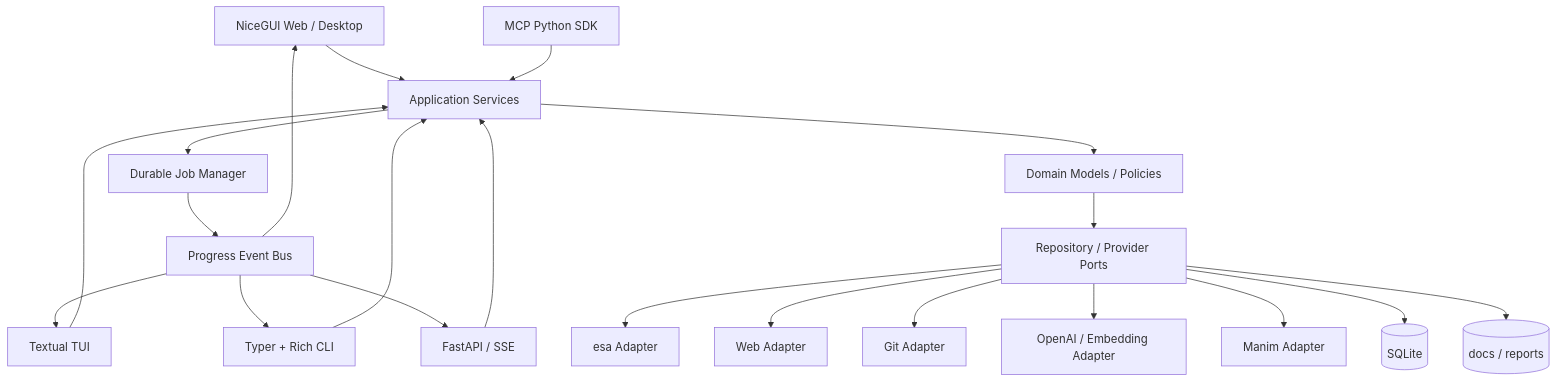
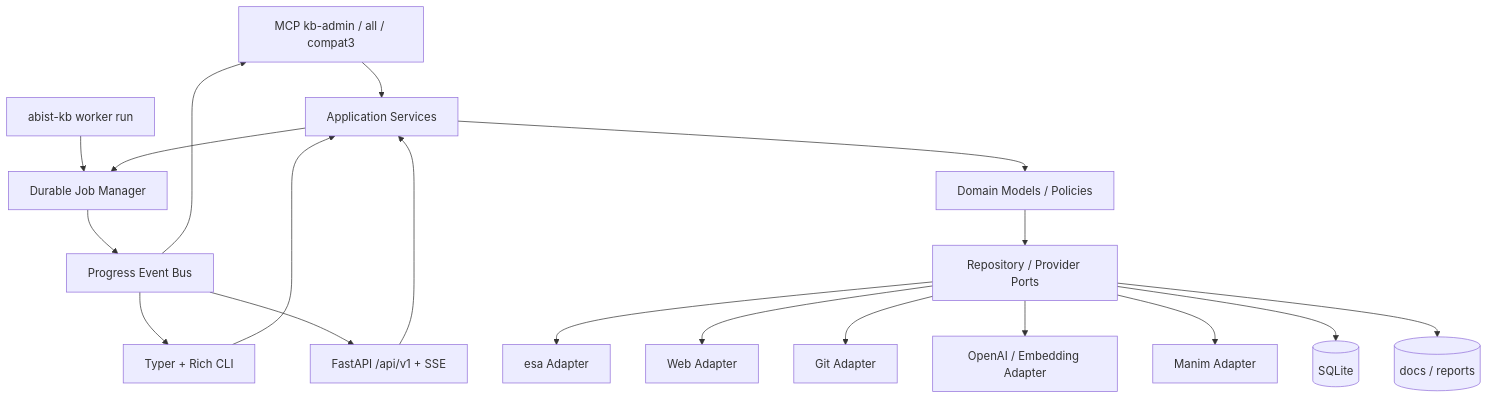
The diagram in design/system-design.md (akihiro-ishizuka/abist-knowledge-base), drawn with Mermaid before and after one commit. The commit also changed other lines of this file and 23 other files, not shown here.

````diff
--- a/design/system-design.md
+++ b/design/system-design.md
@@ -93,33 +93,30 @@
 ```mermaid
 flowchart TB
-  Web[NiceGUI Web / Desktop]
-  TUI[Textual TUI]
+  MCP[MCP kb-admin / all / compat3]
   CLI[Typer + Rich CLI]
-  MCP[MCP Python SDK]
-  API[FastAPI / SSE]
+  API[FastAPI /api/v1 + SSE]
+  Worker[abist-kb worker run]
 
-  Web --> App
-  TUI --> App
+  MCP --> App
   CLI --> App
-  MCP --> App
   API --> App
+  Worker --> Jobs
 
   App[Application Services]
   App --> Jobs[Durable Job Manager]
   App --> Domain[Domain Models / Policies]
   Domain --> Ports[Repository / Provider Ports]
 
   Ports --> ESA[esa Adapter]
   Ports --> WebSrc[Web Adapter]
   Ports --> Git[Git Adapter]
   Ports --> AI[OpenAI / Embedding Adapter]
   Ports --> Viz[Manim Adapter]
   Ports --> DB[(SQLite)]
   Ports --> Files[(docs / reports)]
 
   Jobs --> Events[Progress Event Bus]
-  Events --> Web
-  Events --> TUI
   Events --> CLI
   Events --> API
+  Events --> MCP
 ```
````
